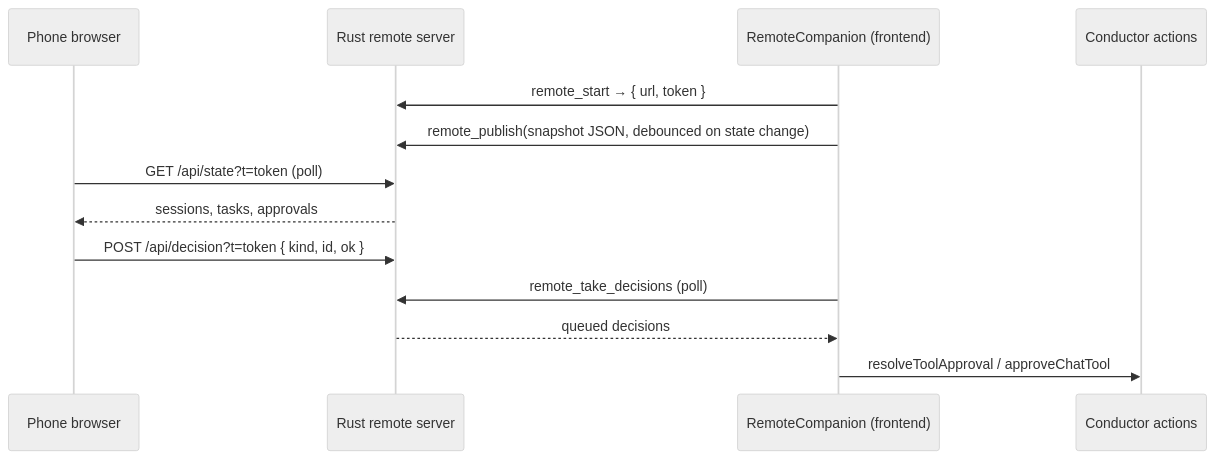
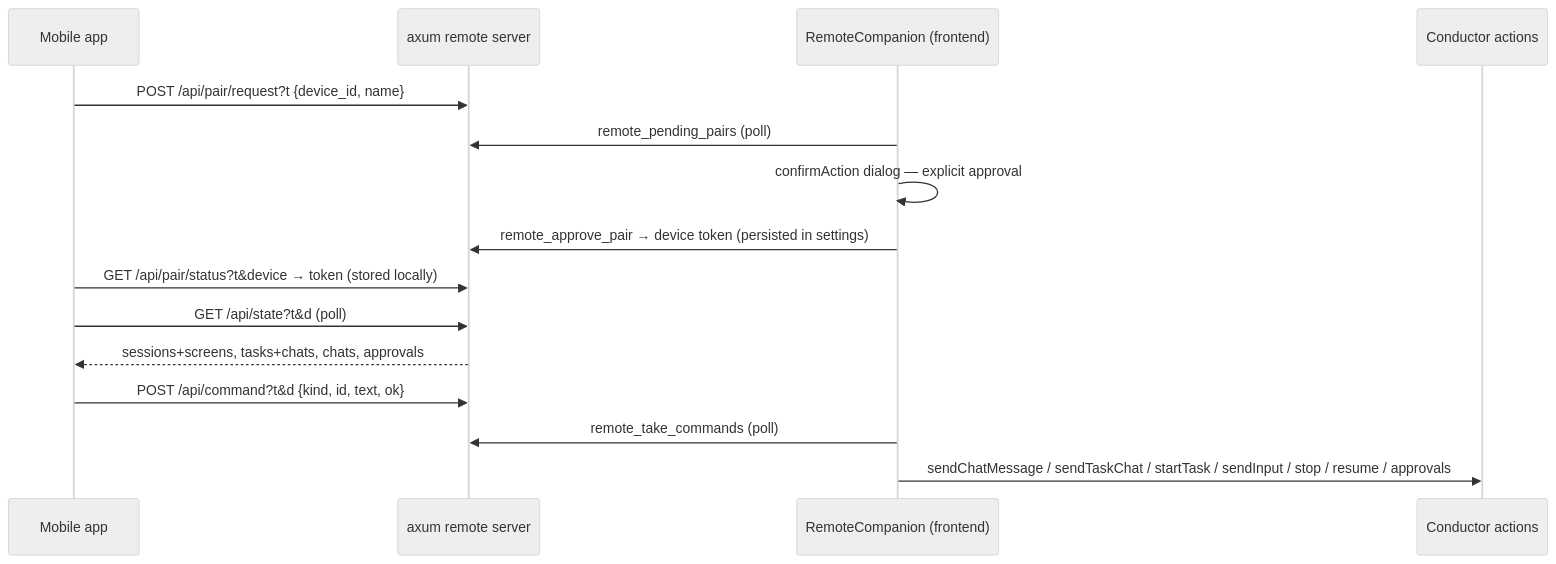
Before and after one commit to xuancanh/yaam: the fifth of 5 diagrams in docs/architecture.md, drawn with Mermaid (neutral theme). The commit also changed other lines of this file and 6 other files, not shown here.

First line of the commit message:
docs(remote): document the mobile companion, pairing model, and tunnel support

````diff
--- a/docs/architecture.md
+++ b/docs/architecture.md
@@ -350,16 +356,18 @@
 ```mermaid
 sequenceDiagram
-  participant Phone as Phone browser
-  participant Rust as Rust remote server
+  participant Phone as Mobile app
+  participant Rust as axum remote server
   participant RC as RemoteCompanion (frontend)
   participant Act as Conductor actions
 
-  RC->>Rust: remote_start → { url, token }
-  RC->>Rust: remote_publish(snapshot JSON, debounced on state change)
-  Phone->>Rust: GET /api/state?t=token (poll)
-  Rust-->>Phone: sessions, tasks, approvals
-  Phone->>Rust: POST /api/decision?t=token { kind, id, ok }
-  RC->>Rust: remote_take_decisions (poll)
-  Rust-->>RC: queued decisions
-  RC->>Act: resolveToolApproval / approveChatTool
+  Phone->>Rust: POST /api/pair/request?t {device_id, name}
+  RC->>Rust: remote_pending_pairs (poll)
+  RC->>RC: confirmAction dialog — explicit approval
+  RC->>Rust: remote_approve_pair → device token (persisted in settings)
+  Phone->>Rust: GET /api/pair/status?t&device → token (stored locally)
+  Phone->>Rust: GET /api/state?t&d (poll)
+  Rust-->>Phone: sessions+screens, tasks+chats, chats, approvals
+  Phone->>Rust: POST /api/command?t&d {kind, id, text, ok}
+  RC->>Rust: remote_take_commands (poll)
+  RC->>Act: sendChatMessage / sendTaskChat / startTask / sendInput / stop / resume / approvals
 ```
````
